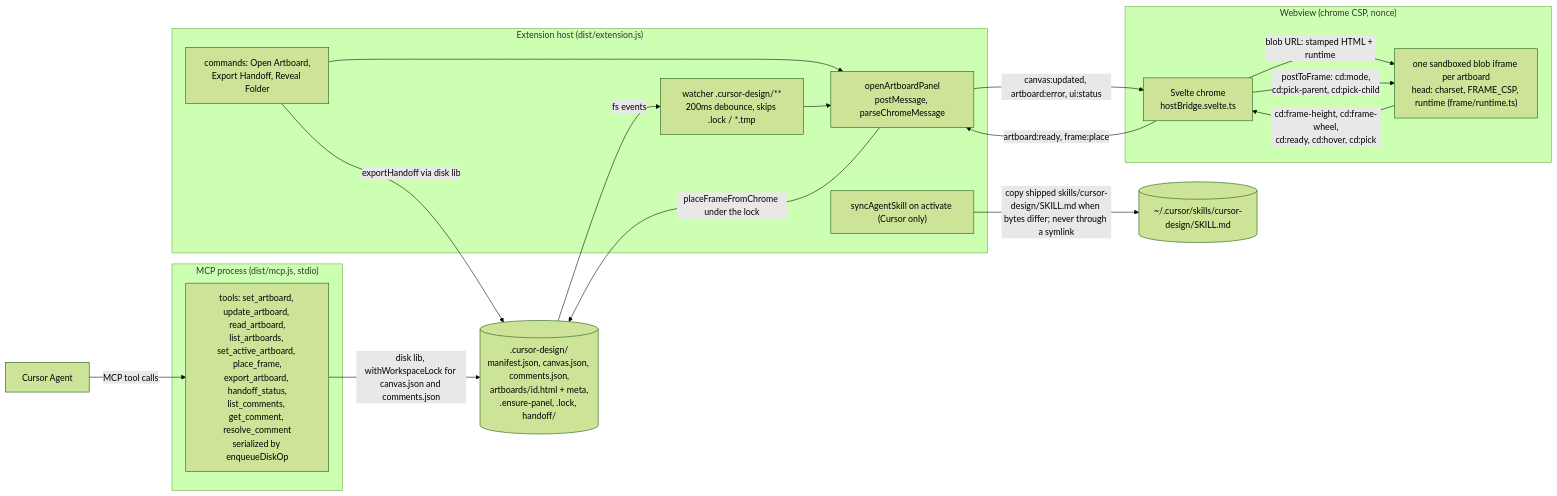
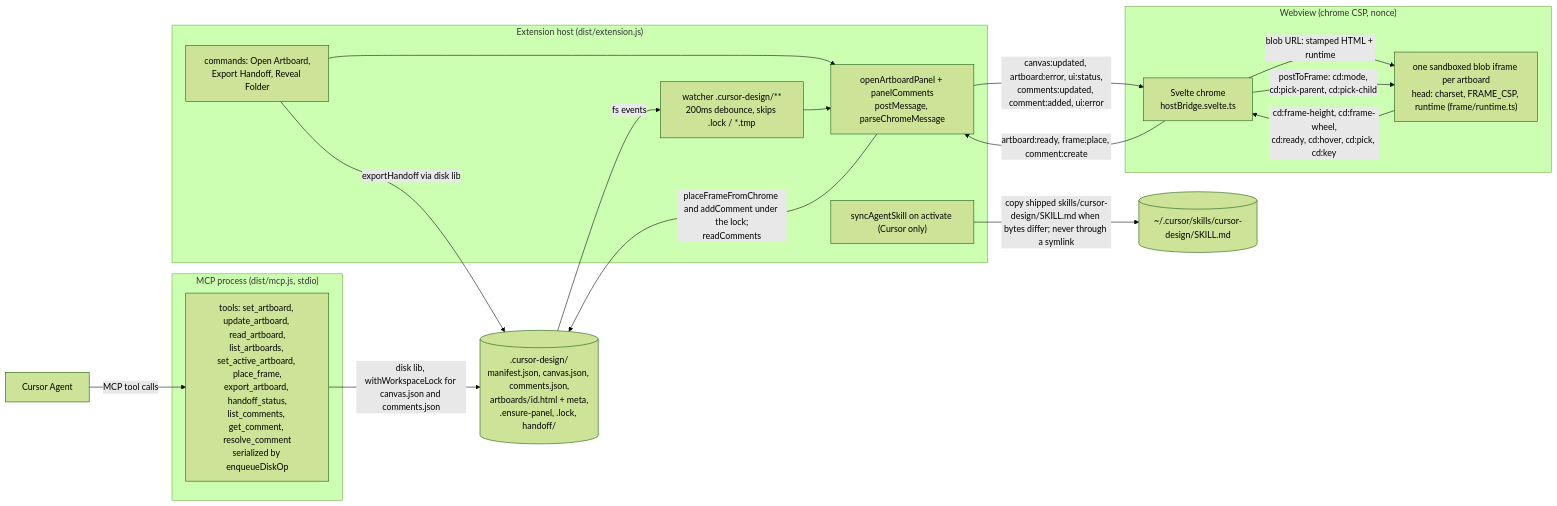
One commit to MarekBombera/cursor-design-extension changed the first of 7 diagrams in blueprint/context/system-map.md. Above: the diagram before and after it, drawn with Mermaid (forest theme). The commit also changed other lines of this file and 42 other files, not shown here.

````diff
--- a/blueprint/context/system-map.md
+++ b/blueprint/context/system-map.md
@@ -41,33 +41,33 @@
 ```mermaid
 flowchart LR
   Agent["Cursor Agent"]
   subgraph MCP["MCP process (dist/mcp.js, stdio)"]
     Tools["tools: set_artboard, update_artboard, read_artboard,<br/>list_artboards, set_active_artboard, place_frame,<br/>export_artboard, handoff_status,<br/>list_comments, get_comment, resolve_comment<br/>serialized by enqueueDiskOp"]
   end
   subgraph Host["Extension host (dist/extension.js)"]
     Watcher["watcher .cursor-design/**<br/>200ms debounce, skips .lock / *.tmp"]
-    Panel["openArtboardPanel<br/>postMessage, parseChromeMessage"]
+    Panel["openArtboardPanel + panelComments<br/>postMessage, parseChromeMessage"]
     Cmds["commands: Open Artboard,<br/>Export Handoff, Reveal Folder"]
     Skill["syncAgentSkill on activate (Cursor only)"]
   end
   subgraph Webview["Webview (chrome CSP, nonce)"]
     Chrome["Svelte chrome<br/>hostBridge.svelte.ts"]
     Frames["one sandboxed blob iframe per artboard<br/>head: charset, FRAME_CSP, runtime (frame/runtime.ts)"]
   end
   Disk[(".cursor-design/<br/>manifest.json, canvas.json, comments.json,<br/>artboards/id.html + meta,<br/>.ensure-panel, .lock, handoff/")]
   Home[("~/.cursor/skills/cursor-design/SKILL.md")]
 
   Agent -->|MCP tool calls| Tools
   Tools -->|disk lib, withWorkspaceLock for canvas.json and comments.json| Disk
   Skill -->|copy shipped skills/cursor-design/SKILL.md when bytes differ; never through a symlink| Home
   Disk -->|fs events| Watcher
   Watcher --> Panel
   Cmds --> Panel
   Cmds -->|exportHandoff via disk lib| Disk
-  Panel -->|canvas:updated, artboard:error, ui:status| Chrome
-  Chrome -->|artboard:ready, frame:place| Panel
-  Panel -->|placeFrameFromChrome under the lock| Disk
+  Panel -->|canvas:updated, artboard:error, ui:status,<br/>comments:updated, comment:added, ui:error| Chrome
+  Chrome -->|artboard:ready, frame:place, comment:create| Panel
+  Panel -->|placeFrameFromChrome and addComment under the lock;<br/>readComments| Disk
   Chrome -->|blob URL: stamped HTML + runtime| Frames
-  Frames -->|cd:frame-height, cd:frame-wheel,<br/>cd:ready, cd:hover, cd:pick| Chrome
+  Frames -->|cd:frame-height, cd:frame-wheel,<br/>cd:ready, cd:hover, cd:pick, cd:key| Chrome
   Chrome -->|postToFrame: cd:mode,<br/>cd:pick-parent, cd:pick-child| Frames
 ```
````
